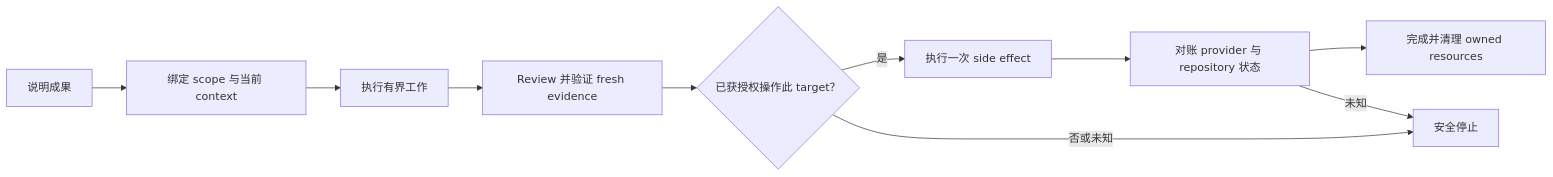
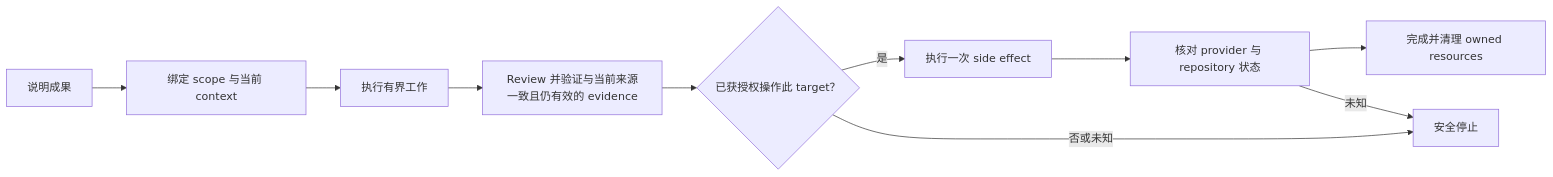
The diagram in docs/README.zh-CN.md (stephen-taipei/better-workflows), drawn with Mermaid before and after one commit. The commit also changed other lines of this file and 83 other files, not shown here.

````diff
--- a/docs/README.zh-CN.md
+++ b/docs/README.zh-CN.md
@@ -122,12 +122,12 @@
 ```mermaid
 flowchart LR
   A["说明成果"] --> B["绑定 scope 与当前 context"]
   B --> C["执行有界工作"]
-  C --> D["Review 并验证 fresh evidence"]
+  C --> D["Review 并验证与当前来源一致且仍有效的 evidence"]
   D --> E{"已获授权操作此 target？"}
   E -- "是" --> F["执行一次 side effect"]
-  F --> G["对账 provider 与 repository 状态"]
+  F --> G["核对 provider 与 repository 状态"]
   G --> H["完成并清理 owned resources"]
   E -- "否或未知" --> I["安全停止"]
   G -- "未知" --> I
 ```
````
